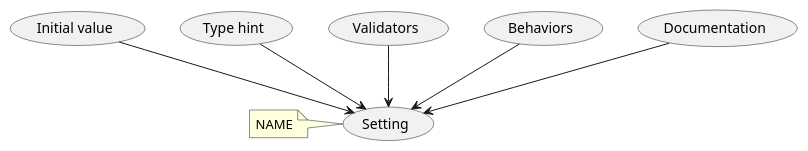
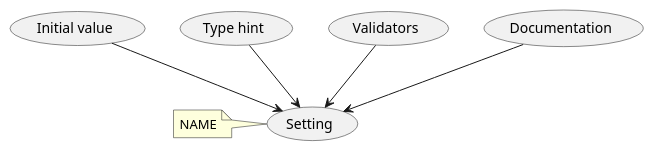
Before and after one commit to BasicWolf/archived-concrete-settings: the first of 2 diagrams in docs/src/advanced.rst, drawn with PlantUML. The commit also changed other lines of this file and 2 other files, not shown here.

Commit message:
Update behaviors documentation

```diff
--- a/docs/src/advanced.rst
+++ b/docs/src/advanced.rst
@@ -41,12 +40,11 @@
 .. uml::
    :align: center
 
    @startuml
    (Initial value) --> (Setting)
    (Type hint) --> (Setting)
    (Validators) --> (Setting)
-   (Behaviors) --> (Setting)
    (Documentation) --> (Setting)
 
    note left of (Setting) : NAME
    @enduml
```
